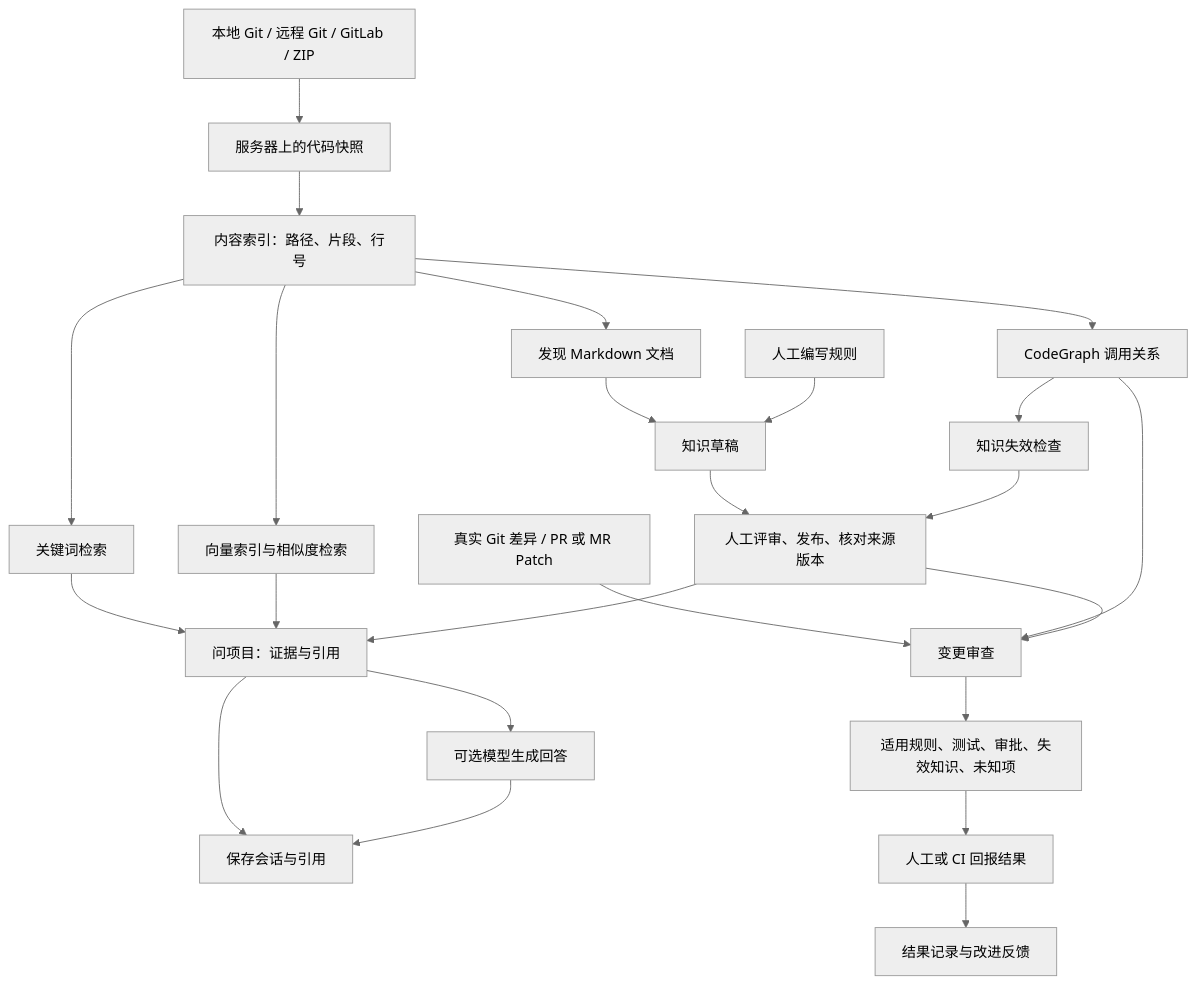
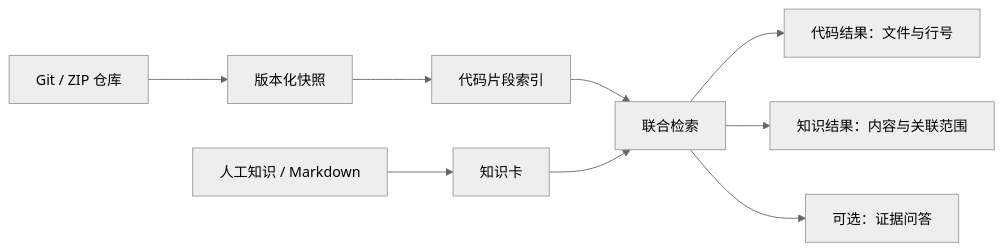
Before and after one commit to sunxiaozhi/analyzer-coder: the diagram in docs/13-system-usage-map.md, drawn with Mermaid (neutral theme). The commit also changed other lines of this file and 163 other files, not shown here.

````diff
--- a/docs/13-system-usage-map.md
+++ b/docs/13-system-usage-map.md
@@ -23,26 +19,11 @@
 ```mermaid
-flowchart TD
-    A[本地 Git / 远程 Git / GitLab / ZIP] --> B[服务器上的代码快照]
-    B --> C[内容索引：路径、片段、行号]
-    C --> D[关键词检索]
-    C --> E[向量索引与相似度检索]
-    C --> F[CodeGraph 调用关系]
-    C --> M[发现 Markdown 文档]
-    M --> K[知识草稿]
-    H[人工编写规则] --> K
-    K --> P[人工评审、发布、核对来源版本]
-    D --> Q[问项目：证据与引用]
-    E --> Q
-    P --> Q
-    Q --> L[可选模型生成回答]
-    Q --> S[保存会话与引用]
-    L --> S
-    G[真实 Git 差异 / PR 或 MR Patch] --> R[变更审查]
-    F --> R
-    P --> R
-    R --> O[适用规则、测试、审批、失效知识、未知项]
-    O --> T[人工或 CI 回报结果]
-    T --> U[结果记录与改进反馈]
-    F --> V[知识失效检查]
-    V --> P
+flowchart LR
+    A[Git / ZIP 仓库] --> B[版本化快照]
+    B --> C[代码片段索引]
+    D[人工知识 / Markdown] --> E[知识卡]
+    C --> F[联合检索]
+    E --> F
+    F --> G[代码结果：文件与行号]
+    F --> H[知识结果：内容与关联范围]
+    F --> I[可选：证据问答]
 ```
````
